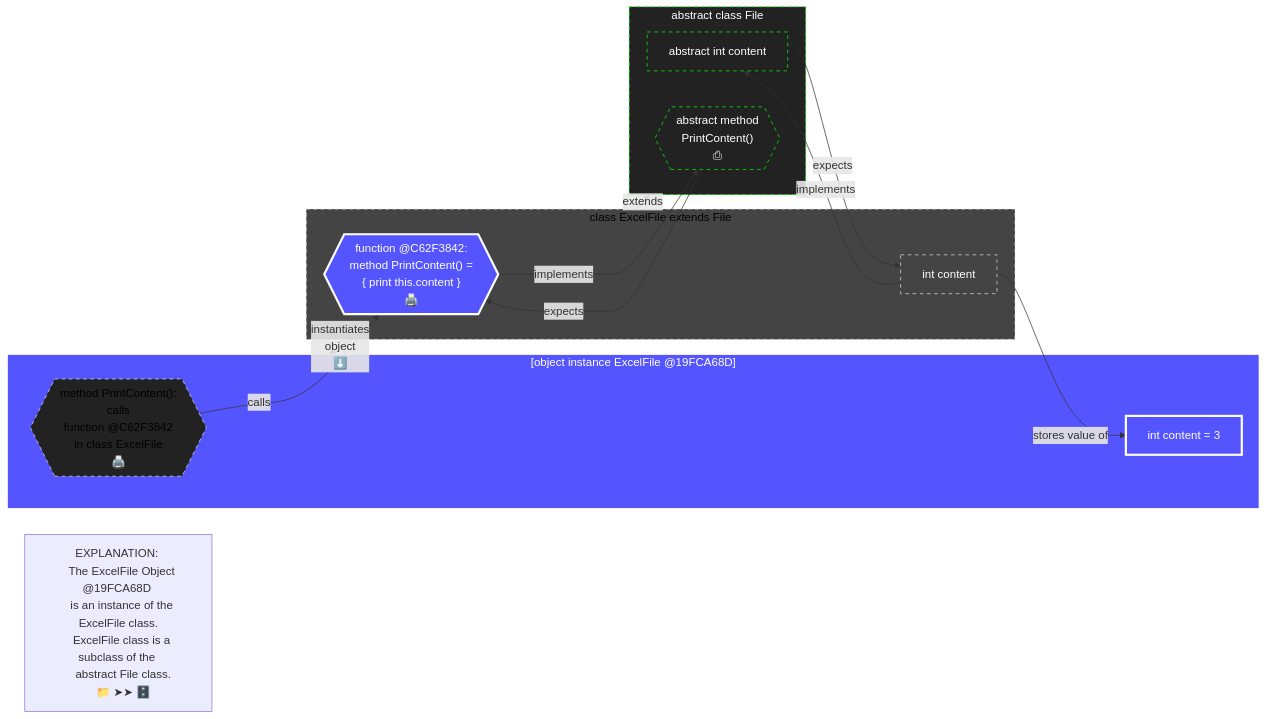
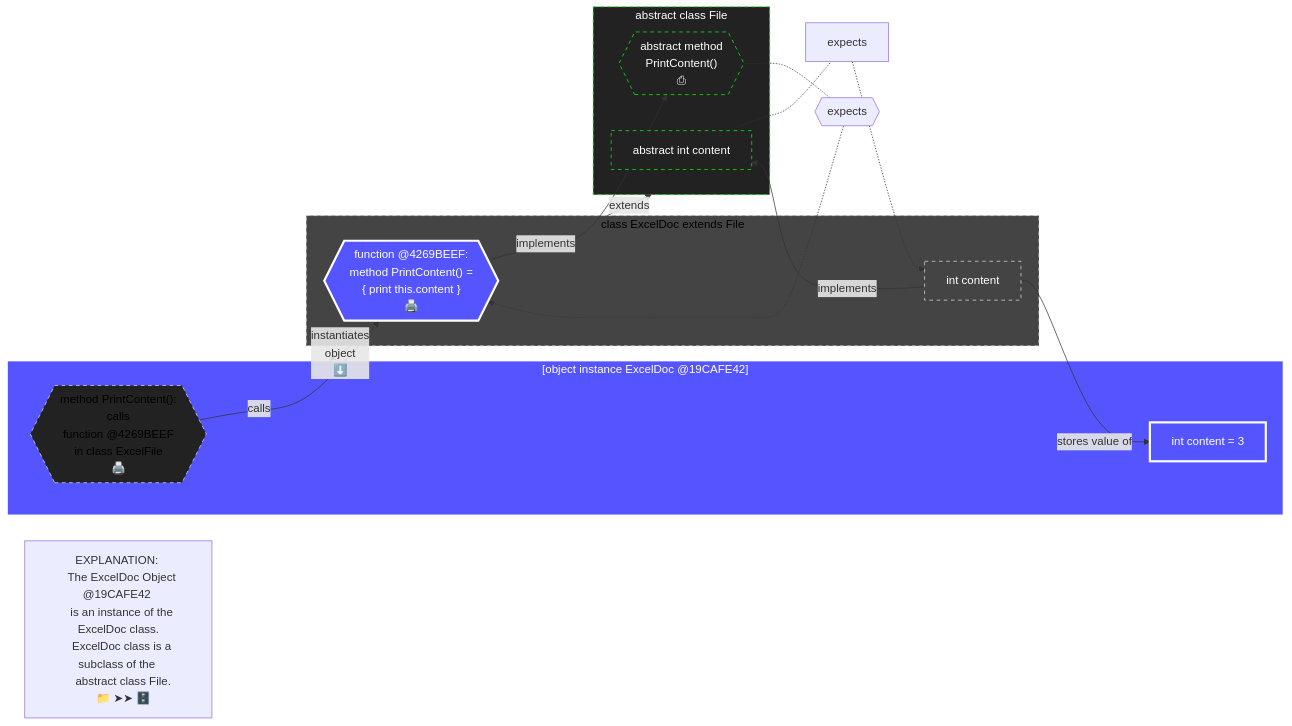
The seventh of 8 diagrams in 09-ClassOrientedProgramming.md (realityexpander/How_to_program_from_ground_up), drawn with Mermaid before and after one commit. The commit also changed other lines of this file and 2 other files, not shown here.

Commit message:
improve abstract example in COP

````diff
--- a/09-ClassOrientedProgramming.md
+++ b/09-ClassOrientedProgramming.md
@@ -833,59 +833,59 @@
    ```mermaid
      flowchart LR
    
-     ExcelFileObjectPrintContentMethodFunctionPointer -- calls --> ExcelFileClassPrintContentMethod:::Object
-     ExcelFileClassAgeInt -- stores value of --> ExcelFileObjectAgeInt 
-     subgraph ExcelFileObject["[object instance ExcelFile @19FCA68D]"]
-         ExcelFileObjectAgeInt["int content = 3"]
-         ExcelFileObjectPrintContentMethodFunctionPointer{{"method PrintContent(): 
+     ExcelDocObjectPrintContentMethodFunctionPointer -- calls --> ExcelDocClassPrintContentMethod:::Object
+     ExcelDocClassAgeInt -- stores value of --> ExcelDocObjectAgeInt 
+     subgraph ExcelDocObject["[object instance ExcelDoc @19CAFE42]"]
+         ExcelDocObjectAgeInt["int content = 3"]
+         ExcelDocObjectPrintContentMethodFunctionPointer{{"method PrintContent(): 
             calls 
-            function @C62F3842
+            function @4269BEEF
             in class ExcelFile
             🖨️
             "}}
      end
-     subgraph classExcelFile["class ExcelFile extends File"]
-         ExcelFileClassAgeInt["int content"]
-         ExcelFileClassPrintContentMethod{{"function @C62F3842:  
+     subgraph classExcelDoc["class ExcelDoc extends File"]
+         ExcelDocClassAgeInt["int content"]
+         ExcelDocClassPrintContentMethod{{"function @4269BEEF:  
             method PrintContent() =
             { print this.content }
             🖨️
             "}}
      end
-     abstractAgeInt -- expects --> ExcelFileClassAgeInt
-     abstractPrintContentMethod -- expects --> ExcelFileClassPrintContentMethod:::Object
-     ExcelFileClassAgeInt -- implements --> abstractAgeInt:::Abstract
+     abstractAgeInt -.- expects -.-> ExcelDocClassAgeInt
+     abstractPrintContentMethod -.- expects2{{"expects"}} -.-> ExcelDocClassPrintContentMethod:::Object
+     ExcelDocClassAgeInt -- implements --> abstractAgeInt:::Abstract
    
      note["
         EXPLANATION: 
-        The ExcelFile Object @19FCA68D 
-        is an instance of the ExcelFile class.
-        ExcelFile class is a subclass of the 
-        abstract File class.
+        The ExcelDoc Object @19CAFE42 
+        is an instance of the ExcelDoc class.
+        ExcelDoc class is a subclass of the 
+        abstract class File.
         📁 ➤➤ 🗄️"]
      
-     classExcelFile -- "instantiates 
+     classExcelDoc -- "instantiates 
                         object
-                        ⬇️" --> ExcelFileObject:::Object
-     classExcelFile -- extends ---> abstractFile:::Abstract
-     ExcelFileClassPrintContentMethod -- implements --> abstractPrintContentMethod:::Abstract
+                        ⬇️" --> ExcelDocObject:::Object
+     classExcelDoc -- extends --> abstractFile:::Abstract
+     ExcelDocClassPrintContentMethod -- implements --> abstractPrintContentMethod:::Abstract
      subgraph abstractFile["abstract class File"]
        abstractAgeInt["abstract int content"]
        abstractPrintContentMethod{{"
           abstract method 
           PrintContent()
           ⎙
           "}}
      end
    
      classDef Abstract fill:#222, stroke:#0F0, stroke-width:1px, color:#fff, stroke-dasharray: 5 5
      
      classDef Class fill:#444, stroke:#00F, stroke-width:1px, color:#000, stroke-dasharray: 5 5
      %% For nodes that are the source of a link, the style must be defined in the link, not the classDef. 
-     style classExcelFile fill:#444, stroke:#DDD, stroke-width:1px, color:#000, stroke-dasharray: 5 5
-     style ExcelFileClassAgeInt fill:#444, stroke:#DDD, stroke-width:1px, color:#FFF, stroke-dasharray: 5 5
+     style classExcelDoc fill:#444, stroke:#DDD, stroke-width:1px, color:#000, stroke-dasharray: 5 5
+     style ExcelDocClassAgeInt fill:#444, stroke:#DDD, stroke-width:1px, color:#FFF, stroke-dasharray: 5 5
      
      classDef Object fill:#55F, stroke:#FFF, stroke-width:3px, color:#fff
-     style ExcelFileObjectAgeInt fill:#55F, stroke:#FFF, stroke-width:3px, color:#fff
-     style ExcelFileObjectPrintContentMethodFunctionPointer fill:#222, stroke:#DDD, stroke-width:1px, color:#000, stroke-dasharray: 5 5
+     style ExcelDocObjectAgeInt fill:#55F, stroke:#FFF, stroke-width:3px, color:#fff
+     style ExcelDocObjectPrintContentMethodFunctionPointer fill:#222, stroke:#DDD, stroke-width:1px, color:#000, stroke-dasharray: 5 5
    ```
````
